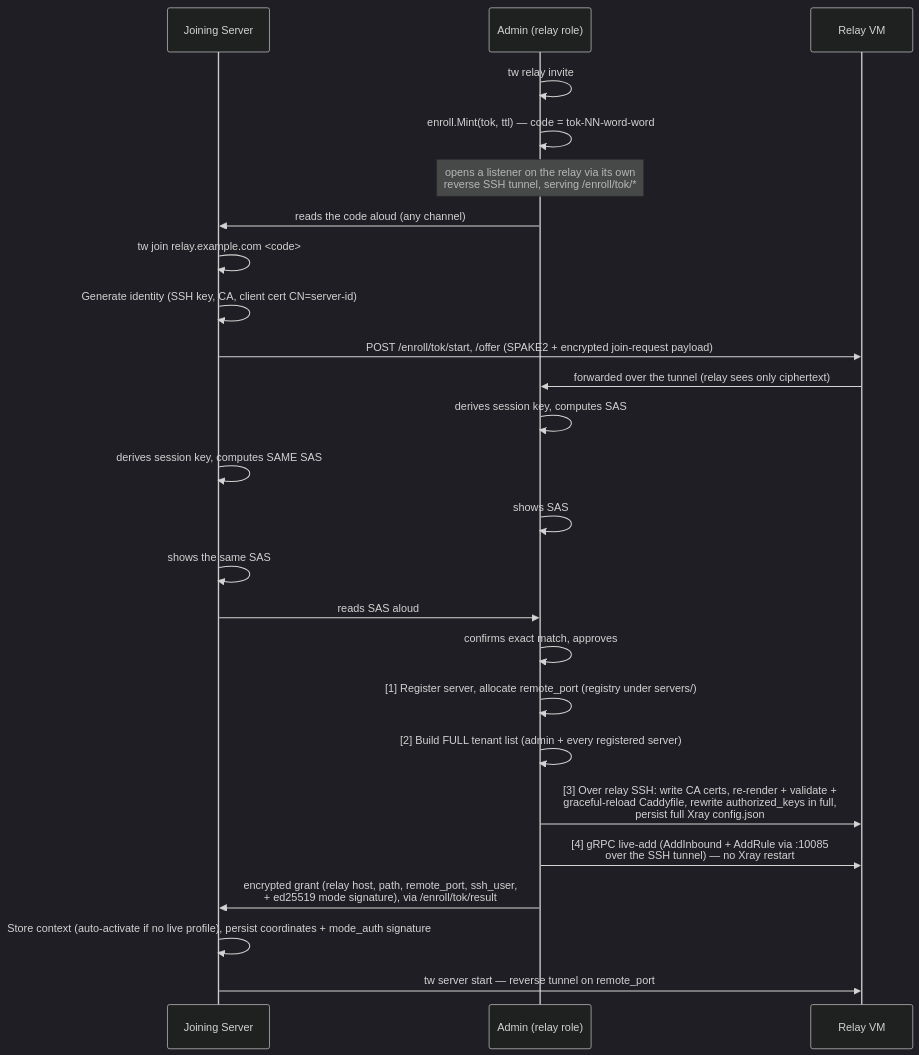
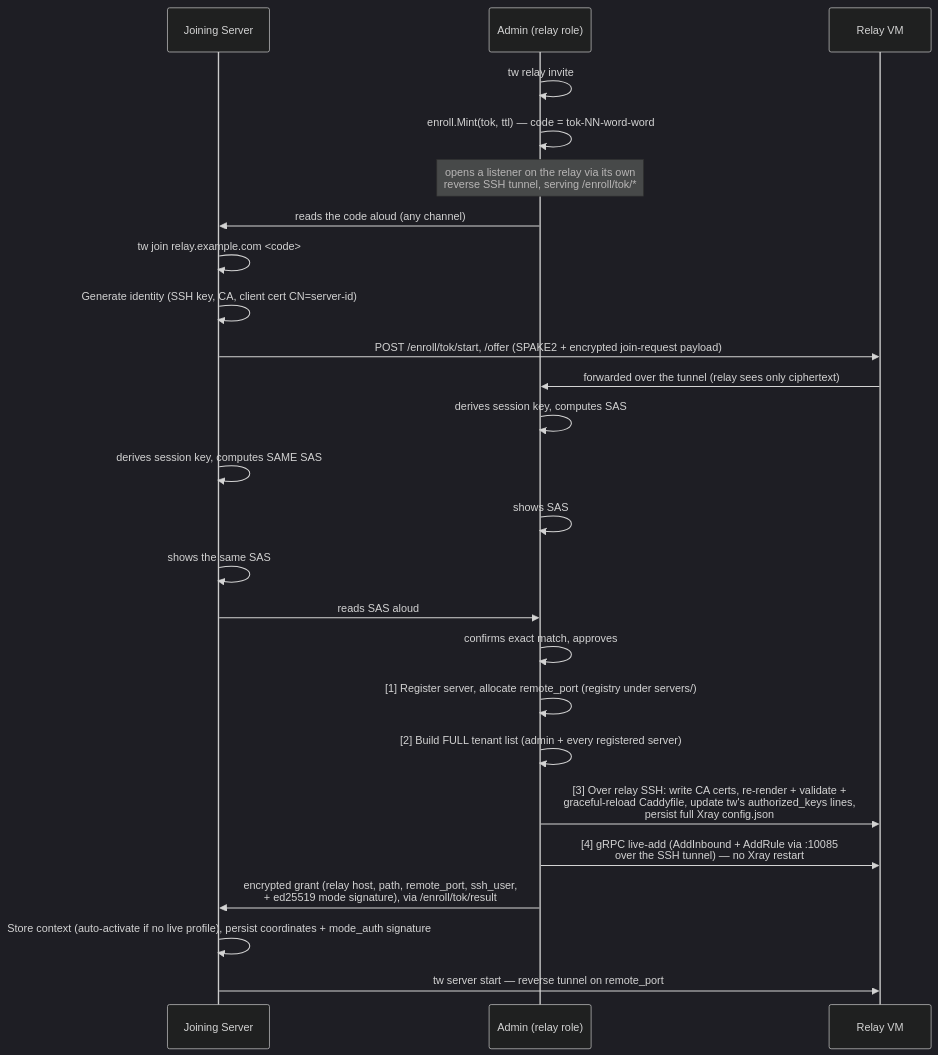
One commit to Tunnel-Whisperer/Tunnel-Whisperer changed the second of 6 diagrams in docs/architecture/runtime-views.md. Above: the diagram before and after it, drawn with Mermaid (dark theme). The commit also changed other lines of this file and 17 other files, not shown here.

````diff
--- a/docs/architecture/runtime-views.md
+++ b/docs/architecture/runtime-views.md
@@ -76,32 +76,32 @@
 ```mermaid
 sequenceDiagram
     participant S as Joining Server
     participant A as Admin (relay role)
     participant R as Relay VM
 
     A ->> A: tw relay invite
     A ->> A: enroll.Mint(tok, ttl) — code = tok-NN-word-word
     Note over A: opens a listener on the relay via its own<br/>reverse SSH tunnel, serving /enroll/tok/*
     A ->> S: reads the code aloud (any channel)
 
     S ->> S: tw join relay.example.com #lt;code#gt;
     S ->> S: Generate identity (SSH key, CA, client cert CN=server-id)
     S ->> R: POST /enroll/tok/start, /offer (SPAKE2 + encrypted join-request payload)
     R ->> A: forwarded over the tunnel (relay sees only ciphertext)
 
     A ->> A: derives session key, computes SAS
     S ->> S: derives session key, computes SAME SAS
     A ->> A: shows SAS
     S ->> S: shows the same SAS
     S ->> A: reads SAS aloud
     A ->> A: confirms exact match, approves
 
     A ->> A: [1] Register server, allocate remote_port (registry under servers/)
     A ->> A: [2] Build FULL tenant list (admin + every registered server)
-    A ->> R: [3] Over relay SSH: write CA certs, re-render + validate +<br/>graceful-reload Caddyfile, rewrite authorized_keys in full,<br/>persist full Xray config.json
+    A ->> R: [3] Over relay SSH: write CA certs, re-render + validate +<br/>graceful-reload Caddyfile, update tw's authorized_keys lines,<br/>persist full Xray config.json
     A ->> R: [4] gRPC live-add (AddInbound + AddRule via :10085<br/>over the SSH tunnel) — no Xray restart
     A ->> S: encrypted grant (relay host, path, remote_port, ssh_user,<br/>+ ed25519 mode signature), via /enroll/tok/result
 
     S ->> S: Store context (auto-activate if no live profile), persist coordinates + mode_auth signature
     S ->> R: tw server start — reverse tunnel on remote_port
 ```
````
